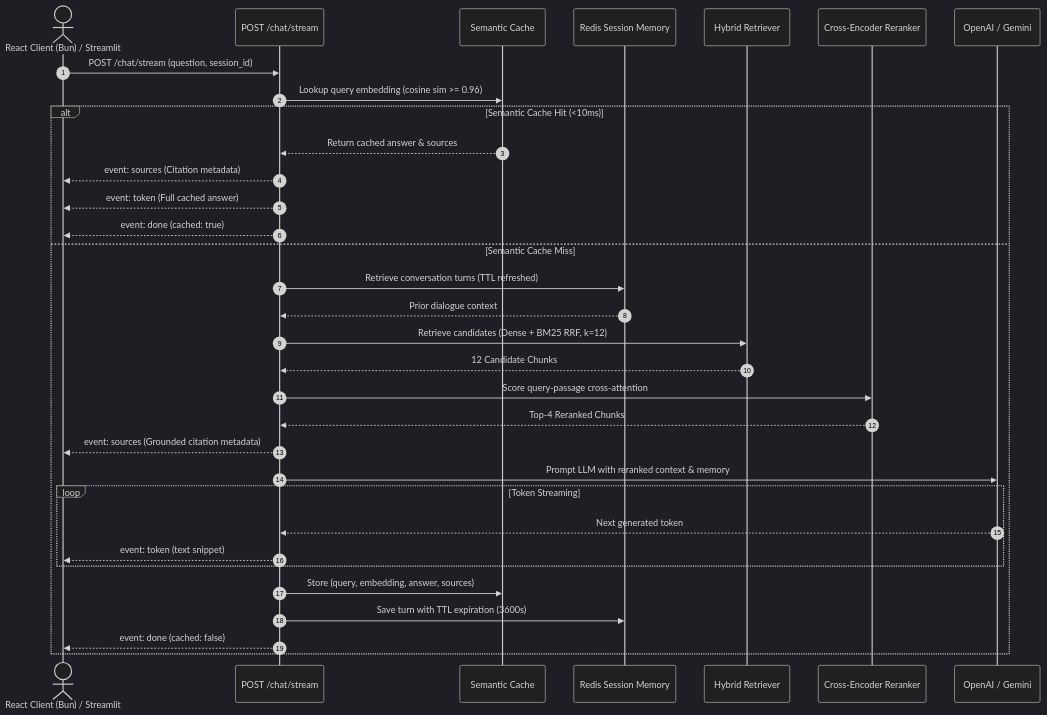
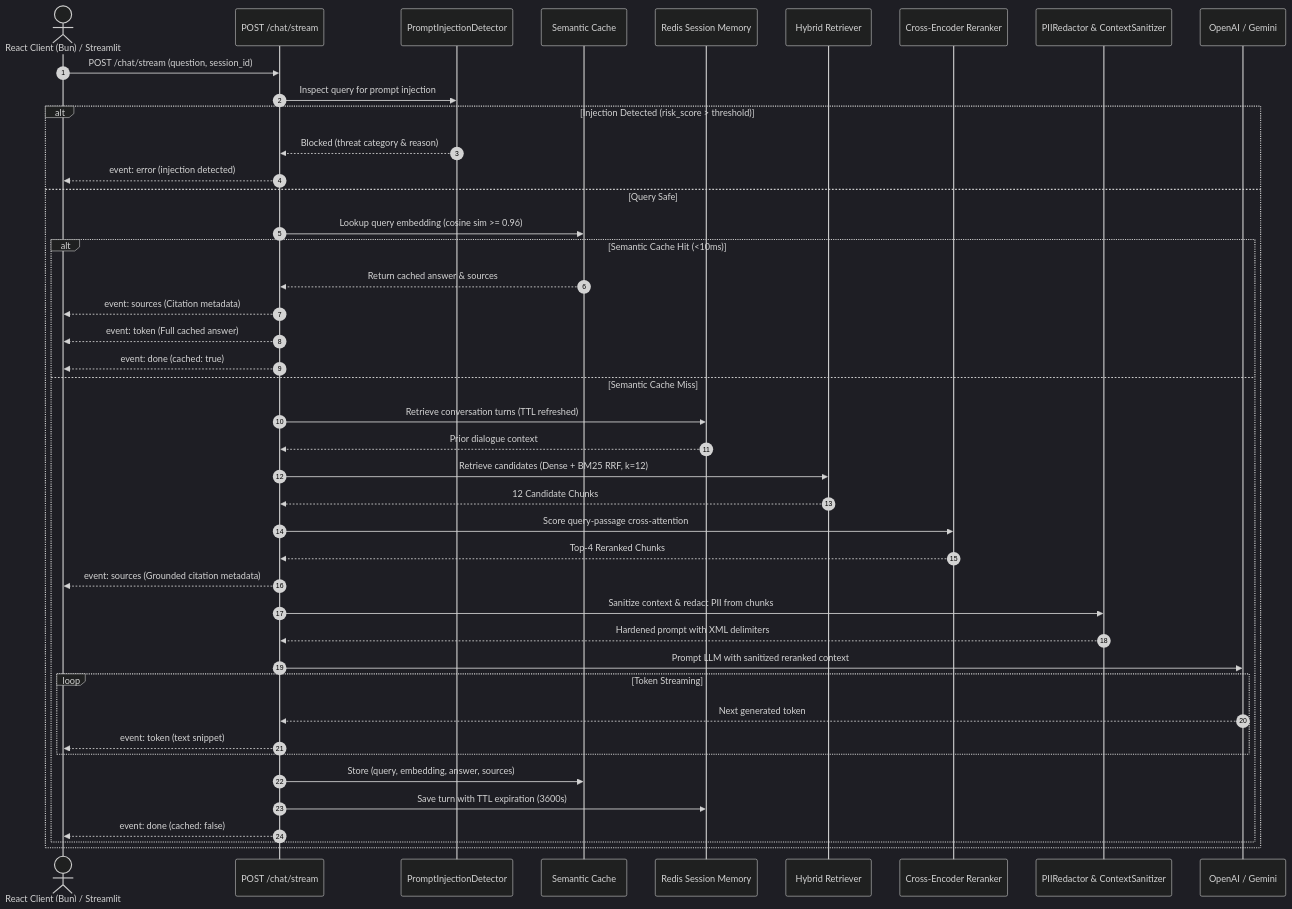
One commit to faizan-7890/SecureRAG changed the third of 3 diagrams in docs/DIAGRAMS_GALLERY.md. Above: the diagram before and after it, drawn with Mermaid (dark theme). The commit also changed other lines of this file and 2 other files, not shown here.

Commit message:
docs: update ARCHITECTURE.md to v5, add v5 infographic, and refresh DIAGRAMS_GALLERY

````diff
--- a/docs/DIAGRAMS_GALLERY.md
+++ b/docs/DIAGRAMS_GALLERY.md
@@ -154,36 +177,46 @@
 ```mermaid
 sequenceDiagram
     autonumber
     actor Client as React Client (Bun) / Streamlit
     participant ChatAPI as POST /chat/stream
+    participant Guard as PromptInjectionDetector
     participant Cache as Semantic Cache
     participant Redis as Redis Session Memory
     participant Retriever as Hybrid Retriever
     participant Reranker as Cross-Encoder Reranker
+    participant PII as PIIRedactor & ContextSanitizer
     participant LLM as OpenAI / Gemini
 
     Client->>ChatAPI: POST /chat/stream (question, session_id)
-    ChatAPI->>Cache: Lookup query embedding (cosine sim >= 0.96)
-    alt Semantic Cache Hit (<10ms)
-        Cache-->>ChatAPI: Return cached answer & sources
-        ChatAPI-->>Client: event: sources (Citation metadata)
-        ChatAPI-->>Client: event: token (Full cached answer)
-        ChatAPI-->>Client: event: done (cached: true)
-    else Semantic Cache Miss
-        ChatAPI->>Redis: Retrieve conversation turns (TTL refreshed)
-        Redis-->>ChatAPI: Prior dialogue context
-        ChatAPI->>Retriever: Retrieve candidates (Dense + BM25 RRF, k=12)
-        Retriever-->>ChatAPI: 12 Candidate Chunks
-        ChatAPI->>Reranker: Score query-passage cross-attention
-        Reranker-->>ChatAPI: Top-4 Reranked Chunks
-        ChatAPI-->>Client: event: sources (Grounded citation metadata)
-        ChatAPI->>LLM: Prompt LLM with reranked context & memory
-        loop Token Streaming
-            LLM-->>ChatAPI: Next generated token
-            ChatAPI-->>Client: event: token (text snippet)
+    ChatAPI->>Guard: Inspect query for prompt injection
+    alt Injection Detected (risk_score > threshold)
+        Guard-->>ChatAPI: Blocked (threat category & reason)
+        ChatAPI-->>Client: event: error (injection detected)
+    else Query Safe
+        ChatAPI->>Cache: Lookup query embedding (cosine sim >= 0.96)
+        alt Semantic Cache Hit (<10ms)
+            Cache-->>ChatAPI: Return cached answer & sources
+            ChatAPI-->>Client: event: sources (Citation metadata)
+            ChatAPI-->>Client: event: token (Full cached answer)
+            ChatAPI-->>Client: event: done (cached: true)
+        else Semantic Cache Miss
+            ChatAPI->>Redis: Retrieve conversation turns (TTL refreshed)
+            Redis-->>ChatAPI: Prior dialogue context
+            ChatAPI->>Retriever: Retrieve candidates (Dense + BM25 RRF, k=12)
+            Retriever-->>ChatAPI: 12 Candidate Chunks
+            ChatAPI->>Reranker: Score query-passage cross-attention
+            Reranker-->>ChatAPI: Top-4 Reranked Chunks
+            ChatAPI-->>Client: event: sources (Grounded citation metadata)
+            ChatAPI->>PII: Sanitize context & redact PII from chunks
+            PII-->>ChatAPI: Hardened prompt with XML delimiters
+            ChatAPI->>LLM: Prompt LLM with sanitized reranked context
+            loop Token Streaming
+                LLM-->>ChatAPI: Next generated token
+                ChatAPI-->>Client: event: token (text snippet)
+            end
+            ChatAPI->>Cache: Store (query, embedding, answer, sources)
+            ChatAPI->>Redis: Save turn with TTL expiration (3600s)
+            ChatAPI-->>Client: event: done (cached: false)
         end
-        ChatAPI->>Cache: Store (query, embedding, answer, sources)
-        ChatAPI->>Redis: Save turn with TTL expiration (3600s)
-        ChatAPI-->>Client: event: done (cached: false)
     end
 ```
````
